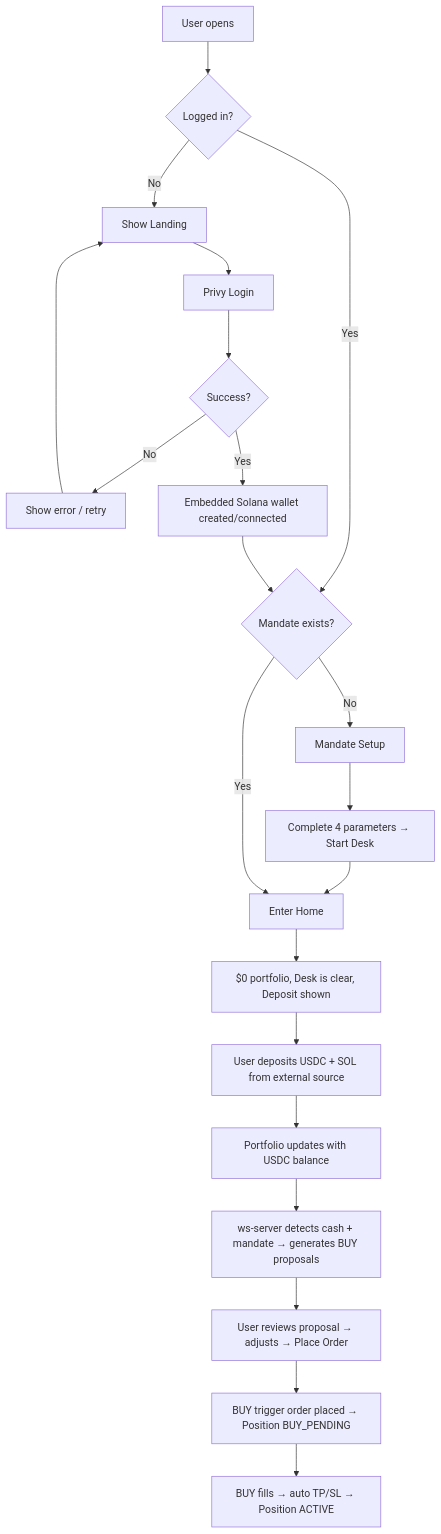
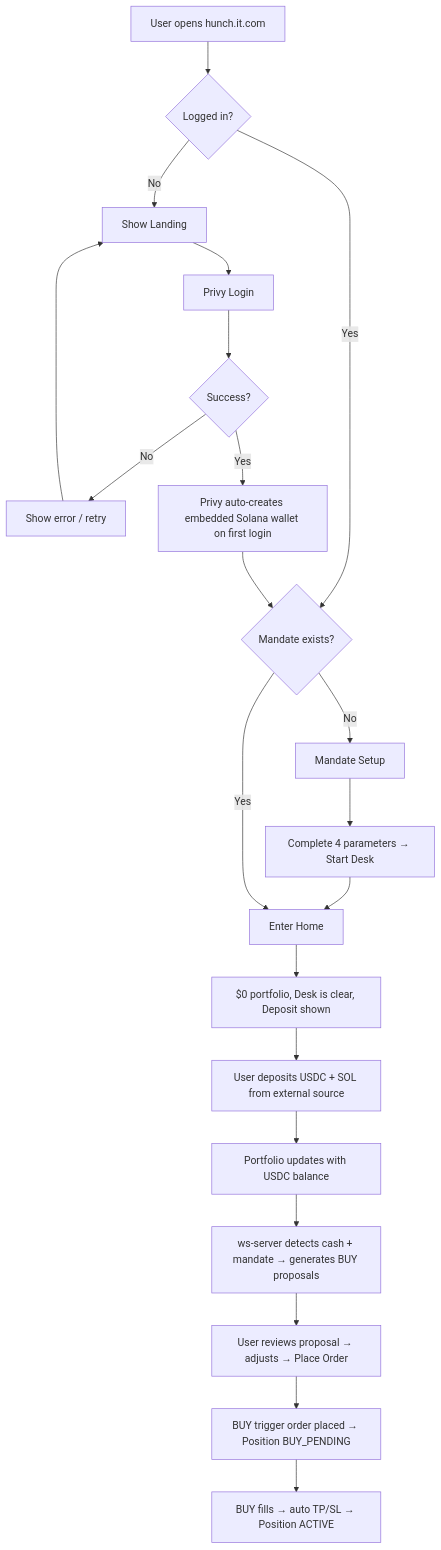
One commit to Omnis-Labs/tickr-ai changed the first of 7 diagrams in docs/screens-and-flows.md. Above: the diagram before and after it, drawn with Mermaid. The commit also changed other lines of this file and 1 other file, not shown here.

Commit message:
docs: align wallet/auth language with email-only Privy + embedded wallet

````diff
--- a/docs/screens-and-flows.md
+++ b/docs/screens-and-flows.md
@@ -326,23 +326,23 @@
 ```mermaid
 flowchart TD
-    A[User opens <app-domain>] --> B{Logged in?}
+    A[User opens hunch.it.com] --> B{Logged in?}
     B -- No --> C[Show Landing]
     C --> D[Privy Login]
     D --> E{Success?}
     E -- No --> E1[Show error / retry]
     E1 --> C
-    E -- Yes --> E2[Embedded Solana wallet created/connected]
+    E -- Yes --> E2[Privy auto-creates embedded Solana wallet on first login]
     B -- Yes --> F{Mandate exists?}
     E2 --> F
     F -- No --> G[Mandate Setup]
     G --> H[Complete 4 parameters → Start Desk]
     H --> I[Enter Home]
     F -- Yes --> I
     I --> J[$0 portfolio, Desk is clear, Deposit shown]
     J --> K[User deposits USDC + SOL from external source]
     K --> L[Portfolio updates with USDC balance]
     L --> M[ws-server detects cash + mandate → generates BUY proposals]
     M --> N[User reviews proposal → adjusts → Place Order]
     N --> O[BUY trigger order placed → Position BUY_PENDING]
     O --> P[BUY fills → auto TP/SL → Position ACTIVE]
 ```
````
